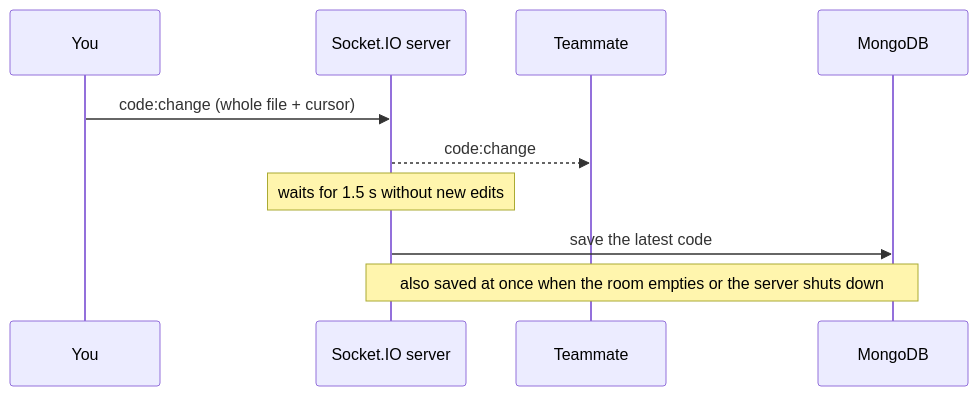
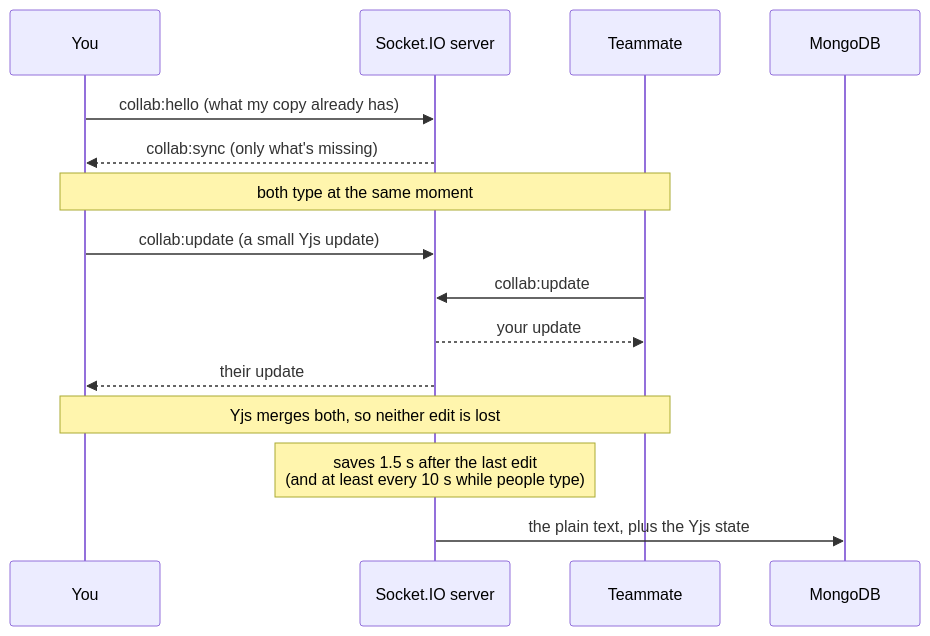
Before and after one commit to GitDaksh/codeshare: the third of 4 diagrams in README.md, drawn with Mermaid. The commit also changed other lines of this file and 26 other files, not shown here.

First line of the commit message:
README: rewritten with screenshots, GIFs and diagrams

````diff
--- a/README.md
+++ b/README.md
@@ -168,13 +319,18 @@
 ```mermaid
 sequenceDiagram
     participant You
     participant Server as Socket.IO server
     participant Mate as Teammate
     participant DB as MongoDB
 
-    You->>Server: code:change (whole file + cursor)
-    Server-->>Mate: code:change
-    Note over Server: waits for 1.5 s without new edits
-    Server->>DB: save the latest code
-    Note over Server,DB: also saved at once when the room empties or the server shuts down
+    You->>Server: collab:hello (what my copy already has)
+    Server-->>You: collab:sync (only what's missing)
+    Note over You,Mate: both type at the same moment
+    You->>Server: collab:update (a small Yjs update)
+    Mate->>Server: collab:update
+    Server-->>Mate: your update
+    Server-->>You: their update
+    Note over You,Mate: Yjs merges both, so neither edit is lost
+    Note over Server: saves 1.5 s after the last edit<br/>(and at least every 10 s while people type)
+    Server->>DB: the plain text, plus the Yjs state
 ```
````
